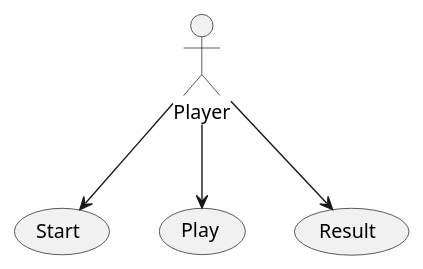
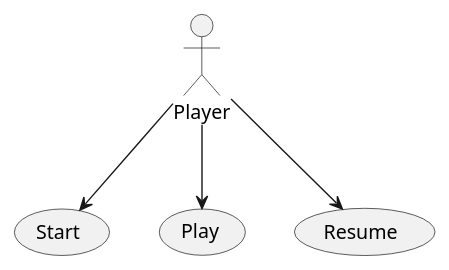
One commit to x-USantaTecla-game-ticTacToe/requirements changed the first of 2 diagrams in src/docs/asciidoc/index.adoc. Above: the diagram before and after it, drawn with PlantUML. The commit also changed other lines of this file and 5 other files, not shown here.

```diff
--- a/src/docs/asciidoc/index.adoc
+++ b/src/docs/asciidoc/index.adoc
@@ -37,13 +37,13 @@
 [plantuml,diagramaActoresCasosUso,svg]
 ....
 
 actor Player
 usecase Start
 usecase Play
-usecase Result
+usecase Resume
 
 Player --> Start
 Player --> Play
-Player --> Result
+Player --> Resume
 
 ....
```
